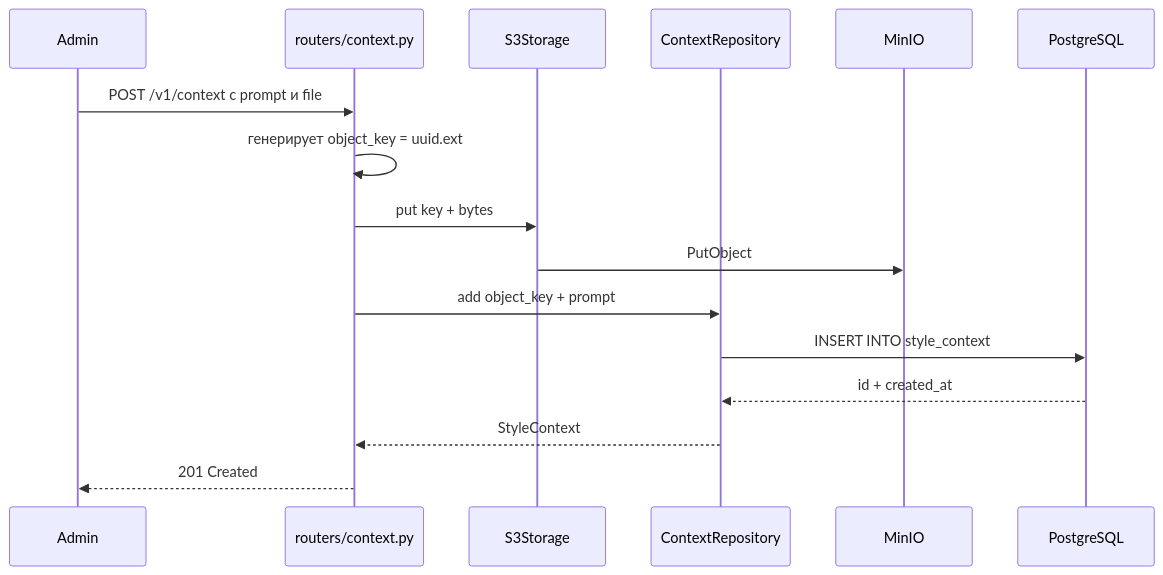
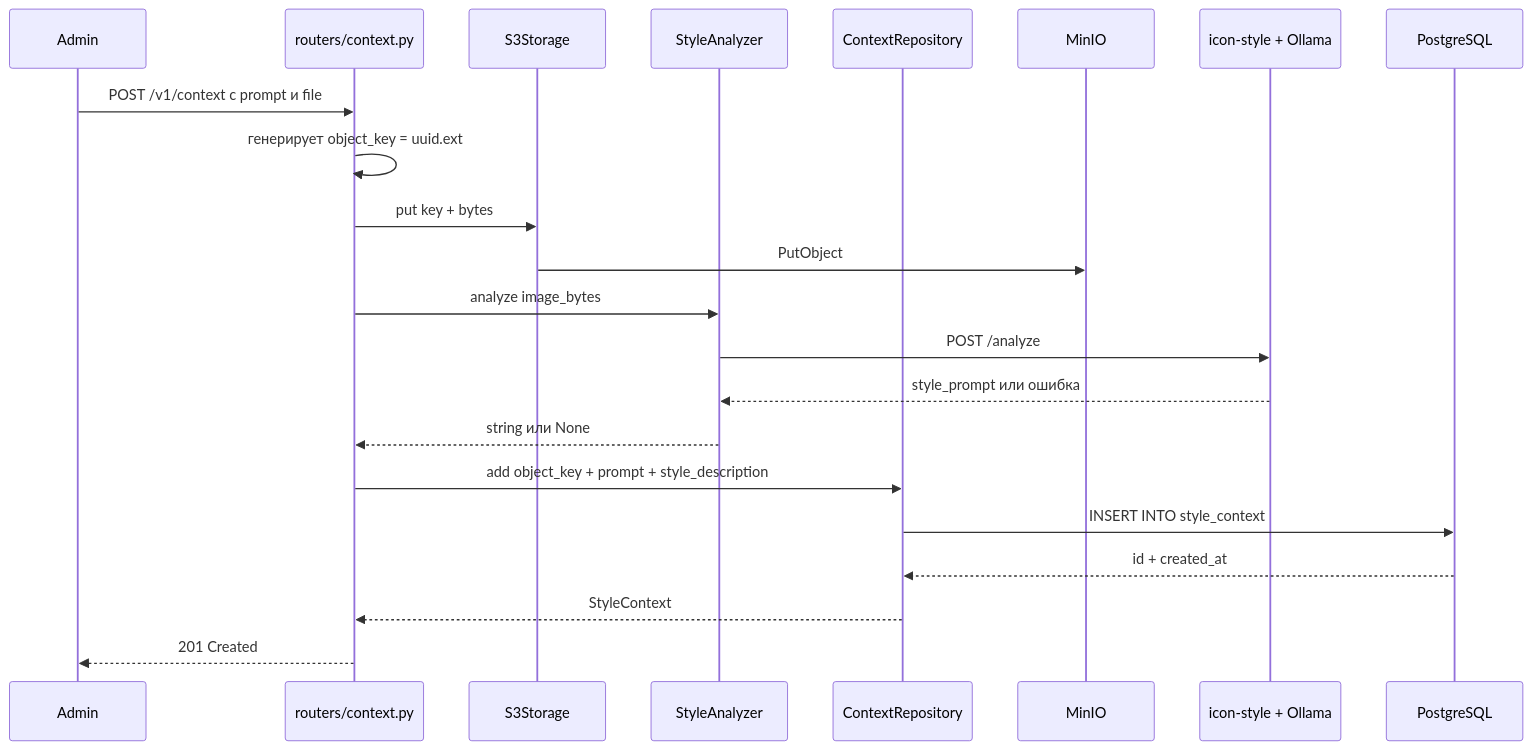
Before and after one commit to esgon191/icon-gen: the second of 4 diagrams in README.md, drawn with Mermaid. The commit also changed other lines of this file and 17 other files, not shown here.

````diff
--- a/README.md
+++ b/README.md
@@ -68,19 +104,25 @@
 ```mermaid
 sequenceDiagram
     participant Admin
     participant Router as routers/context.py
     participant Storage as S3Storage
+    participant Analyzer as StyleAnalyzer
     participant Repo as ContextRepository
     participant MinIO
+    participant IS as icon-style + Ollama
     participant PG as PostgreSQL
 
     Admin->>Router: POST /v1/context с prompt и file
     Router->>Router: генерирует object_key = uuid.ext
     Router->>Storage: put key + bytes
     Storage->>MinIO: PutObject
-    Router->>Repo: add object_key + prompt
+    Router->>Analyzer: analyze image_bytes
+    Analyzer->>IS: POST /analyze
+    IS-->>Analyzer: style_prompt или ошибка
+    Analyzer-->>Router: string или None
+    Router->>Repo: add object_key + prompt + style_description
     Repo->>PG: INSERT INTO style_context
     PG-->>Repo: id + created_at
     Repo-->>Router: StyleContext
     Router-->>Admin: 201 Created
 ```
````
